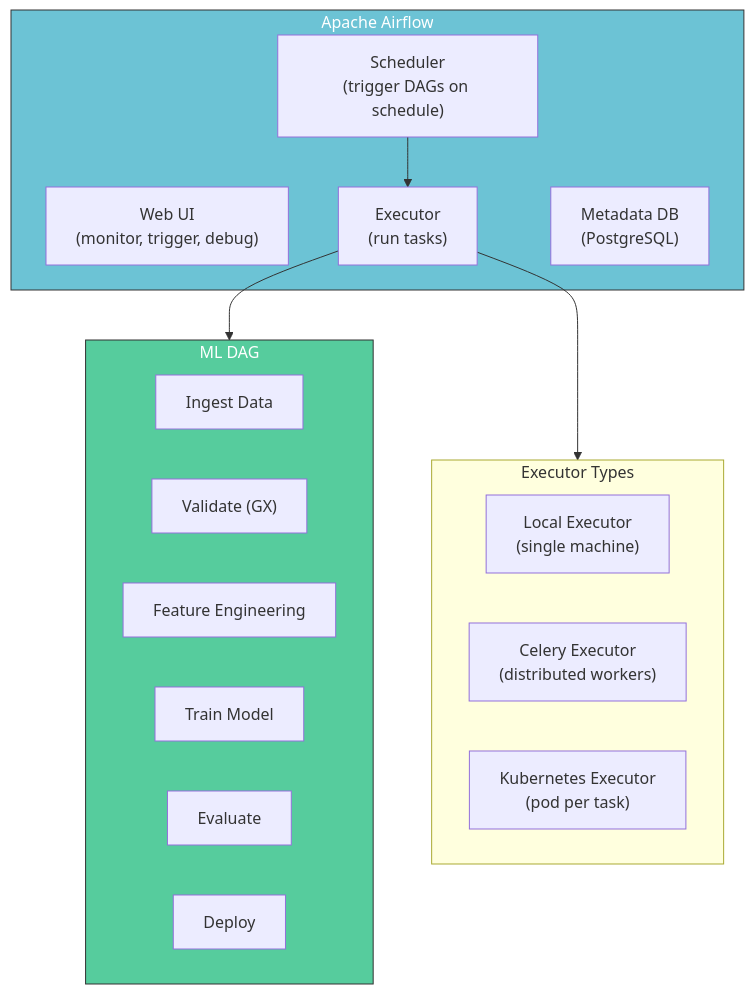
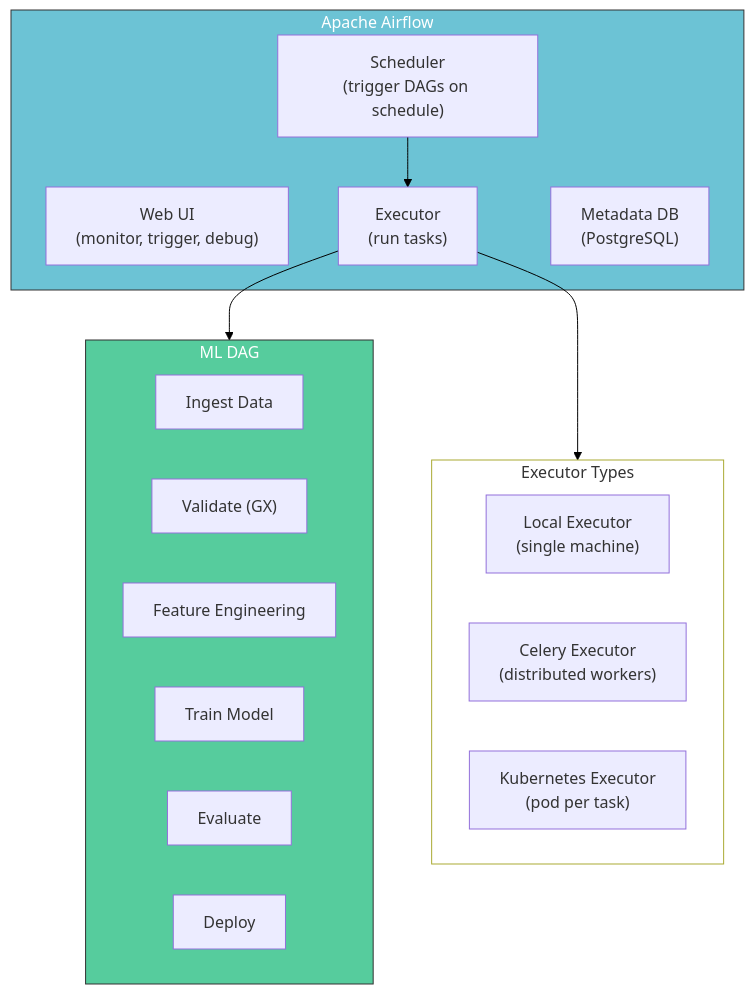
Before and after one commit to tanquangduong/tanquangduong.github.io: the eighth of 10 diagrams in posts/aiops-interview/MLOps-Interview-QA-5.qmd, drawn with Mermaid. The commit also changed other lines of this file and 204 other files, not shown here.

````diff
--- a/posts/aiops-interview/MLOps-Interview-QA-5.qmd
+++ b/posts/aiops-interview/MLOps-Interview-QA-5.qmd
@@ -1092,30 +1108,32 @@
 ```{mermaid}
 graph TD
+    linkStyle default stroke:#000,color:#000
     subgraph Airflow["Apache Airflow"]
         SCHEDULER["Scheduler<br/>(trigger DAGs on schedule)"]
         WEBSERVER["Web UI<br/>(monitor, trigger, debug)"]
         EXECUTOR["Executor<br/>(run tasks)"]
         META["Metadata DB<br/>(PostgreSQL)"]
     end
 
     subgraph Executors["Executor Types"]
         LOCAL["Local Executor<br/>(single machine)"]
         CELERY["Celery Executor<br/>(distributed workers)"]
         K8S_EX["Kubernetes Executor<br/>(pod per task)"]
     end
 
     subgraph ML_DAG["ML DAG"]
         INGEST["Ingest Data"]
         VALIDATE["Validate (GX)"]
         FEATURE["Feature Engineering"]
         TRAIN_AF["Train Model"]
         EVAL_AF["Evaluate"]
         DEPLOY_AF["Deploy"]
     end
 
     SCHEDULER --> EXECUTOR --> ML_DAG
     EXECUTOR --> Executors
 
     style Airflow fill:#6cc3d5,stroke:#333,color:#fff
     style ML_DAG fill:#56cc9d,stroke:#333,color:#fff
+    style Executors fill:#fff
 ```
````
